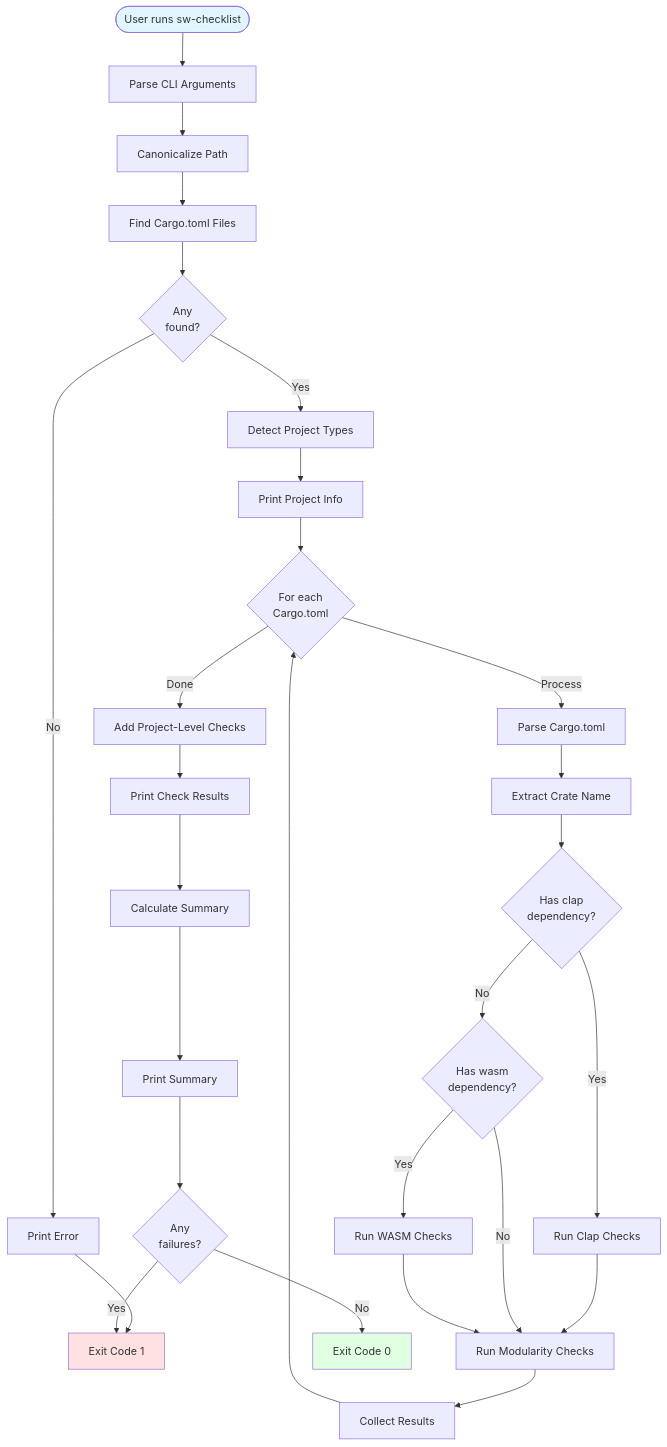
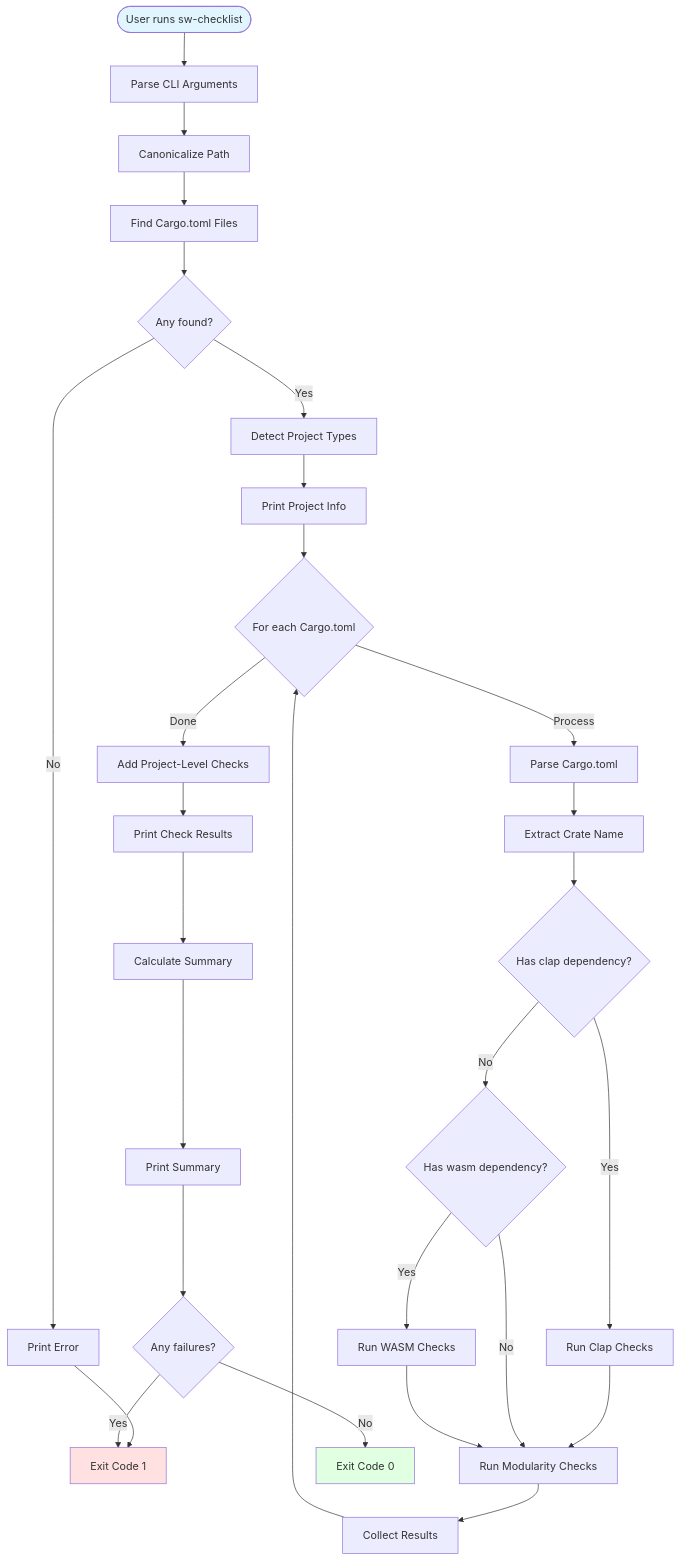
One commit to softwarewrighter/sw-checklist changed the second of 12 diagrams in wiki/System-Flows.md. Above: the diagram before and after it, drawn with Mermaid. The commit also changed other lines of this file and 7 other files, not shown here.

````diff
--- a/wiki/System-Flows.md
+++ b/wiki/System-Flows.md
@@ -84,42 +84,42 @@
 ```mermaid
 flowchart TD
     Start([User runs sw-checklist]) --> Parse[Parse CLI Arguments]
     Parse --> Canon[Canonicalize Path]
     Canon --> Find[Find Cargo.toml Files]
-    Find --> Empty{Any<br/>found?}
+    Find --> Empty{Any found?}
 
     Empty -->|No| Error[Print Error]
     Error --> Exit1[Exit Code 1]
 
     Empty -->|Yes| Detect[Detect Project Types]
     Detect --> Print1[Print Project Info]
-    Print1 --> Loop{For each<br/>Cargo.toml}
+    Print1 --> Loop{For each Cargo.toml}
 
     Loop -->|Process| ParseToml[Parse Cargo.toml]
     ParseToml --> ExtractName[Extract Crate Name]
-    ExtractName --> HasClap{Has clap<br/>dependency?}
+    ExtractName --> HasClap{Has clap dependency?}
 
     HasClap -->|Yes| CheckClap[Run Clap Checks]
-    HasClap -->|No| HasWasm{Has wasm<br/>dependency?}
+    HasClap -->|No| HasWasm{Has wasm dependency?}
 
     CheckClap --> AlwaysMod[Run Modularity Checks]
     HasWasm -->|Yes| CheckWasm[Run WASM Checks]
     HasWasm -->|No| AlwaysMod
 
     CheckWasm --> AlwaysMod
     AlwaysMod --> Collect[Collect Results]
     Collect --> Loop
 
     Loop -->|Done| AddProject[Add Project-Level Checks]
     AddProject --> PrintResults[Print Check Results]
     PrintResults --> Summary[Calculate Summary]
     Summary --> PrintSum[Print Summary]
-    PrintSum --> Failed{Any<br/>failures?}
+    PrintSum --> Failed{Any failures?}
 
     Failed -->|Yes| Exit1
     Failed -->|No| Exit0[Exit Code 0]
 
     style Start fill:#e1f5ff
     style Exit0 fill:#e1ffe1
     style Exit1 fill:#ffe1e1
 ```
````
